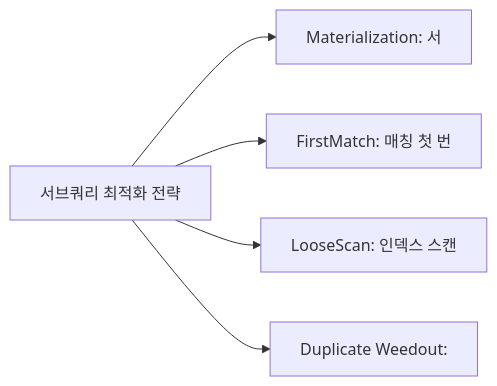
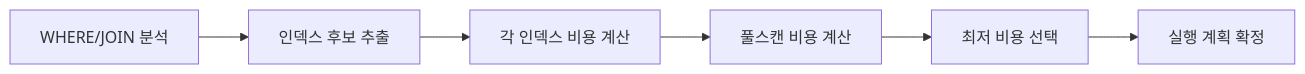
The third of 5 diagrams in _posts/db/2026-05-01-db-optimizer.md (yjkim2015/yjkim2015.github.io), drawn with Mermaid before and after one commit. The commit also changed other lines of this file and 4 other files, not shown here.

````diff
--- a/_posts/db/2026-05-01-db-optimizer.md
+++ b/_posts/db/2026-05-01-db-optimizer.md
@@ -291,7 +532,8 @@
 ```mermaid
 graph LR
-    SQ["서브쿼리 최적화 전략"] --> M["Materialization: 서"]
-    SQ --> FM["FirstMatch: 매칭 첫 번"]
-    SQ --> LS["LooseScan: 인덱스 스캔"]
-    SQ --> DW["Duplicate Weedout:"]
+    WHR["WHERE/JOIN 분석"] --> CND["인덱스 후보 추출"]
+    CND --> CST["각 인덱스 비용 계산"]
+    CST --> CMP["풀스캔 비용 계산"]
+    CMP --> SEL["최저 비용 선택"]
+    SEL --> PLN["실행 계획 확정"]
 ```
````
